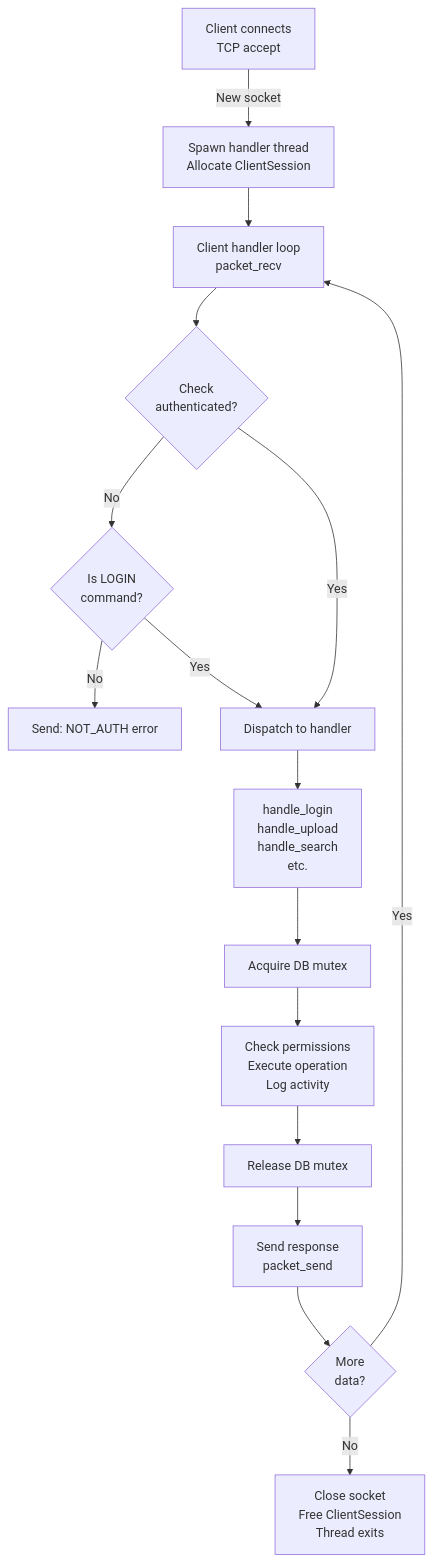
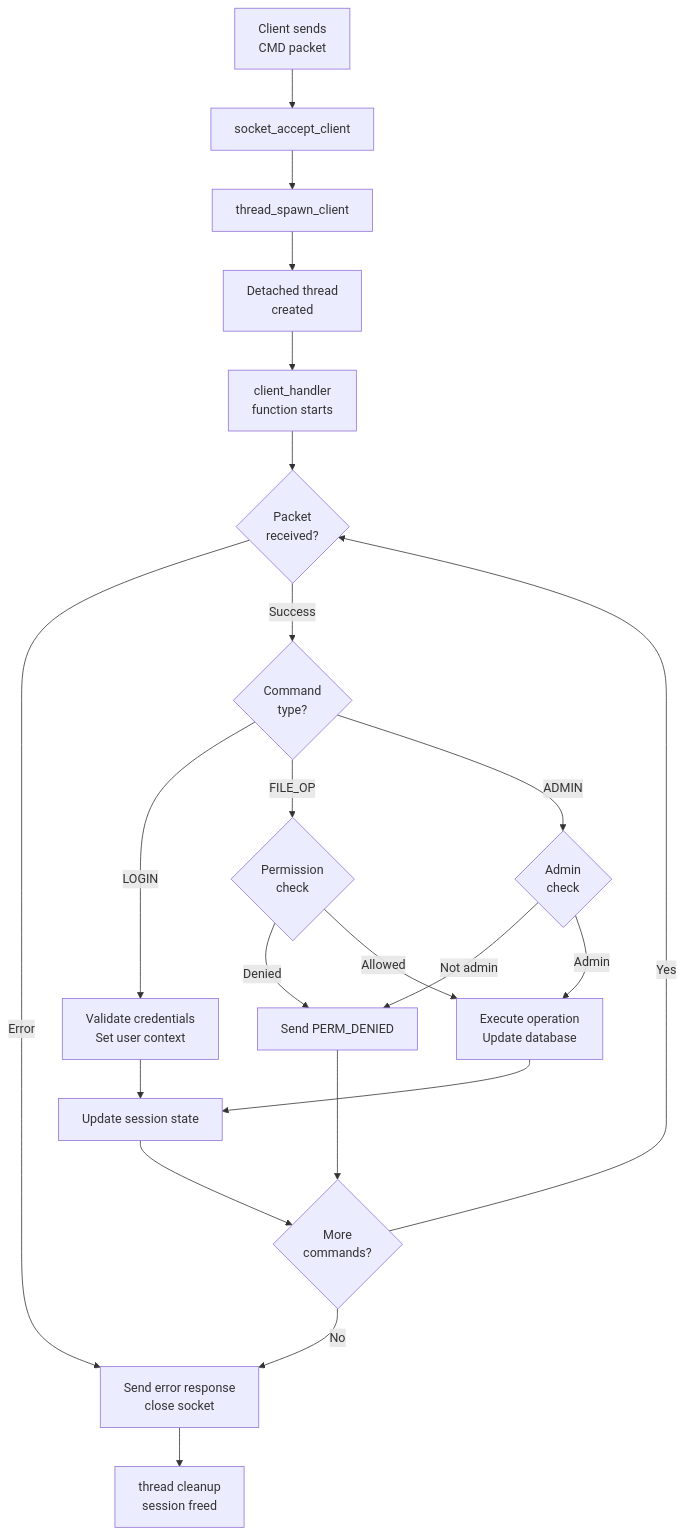
One commit to luanquangminh/NetworkDemo changed the tenth of 10 diagrams in PROJECT_REPORT.md. Above: the diagram before and after it, drawn with Mermaid. The commit also changed other lines of this file and 37 other files, not shown here.

````diff
--- a/PROJECT_REPORT.md
+++ b/PROJECT_REPORT.md
@@ -509,18 +651,24 @@
 ```mermaid
 graph TD
-    A["Client connects<br/>TCP accept"] -->|New socket| B["Spawn handler thread<br/>Allocate ClientSession"]
-    B --> C["Client handler loop<br/>packet_recv"]
-    C --> D{Check<br/>authenticated?}
-    D -->|No| E{Is LOGIN<br/>command?}
-    E -->|No| F["Send: NOT_AUTH error"]
-    E -->|Yes| G["Dispatch to handler"]
-    D -->|Yes| G
-    G --> H["handle_login<br/>handle_upload<br/>handle_search<br/>etc."]
-    H --> I["Acquire DB mutex"]
-    I --> J["Check permissions<br/>Execute operation<br/>Log activity"]
-    J --> K["Release DB mutex"]
-    K --> L["Send response<br/>packet_send"]
-    L --> M{More<br/>data?}
-    M -->|Yes| C
-    M -->|No| N["Close socket<br/>Free ClientSession<br/>Thread exits"]
+    A["Client sends<br/>CMD packet"] --> B["socket_accept_client"]
+    B --> C["thread_spawn_client"]
+    C --> D["Detached thread<br/>created"]
+    D --> E["client_handler<br/>function starts"]
+    E --> F{"Packet<br/>received?"}
+    F -->|Error| G["Send error response<br/>close socket"]
+    F -->|Success| H{"Command<br/>type?"}
+    H -->|LOGIN| I["Validate credentials<br/>Set user context"]
+    H -->|FILE_OP| J{"Permission<br/>check"}
+    J -->|Denied| K["Send PERM_DENIED"]
+    J -->|Allowed| L["Execute operation<br/>Update database"]
+    H -->|ADMIN| M{"Admin<br/>check"}
+    M -->|Not admin| K
+    M -->|Admin| L
+    I --> N["Update session state"]
+    L --> N
+    K --> O{"More<br/>commands?"}
+    N --> O
+    O -->|Yes| F
+    O -->|No| G
+    G --> P["thread cleanup<br/>session freed"]
 ```
````
